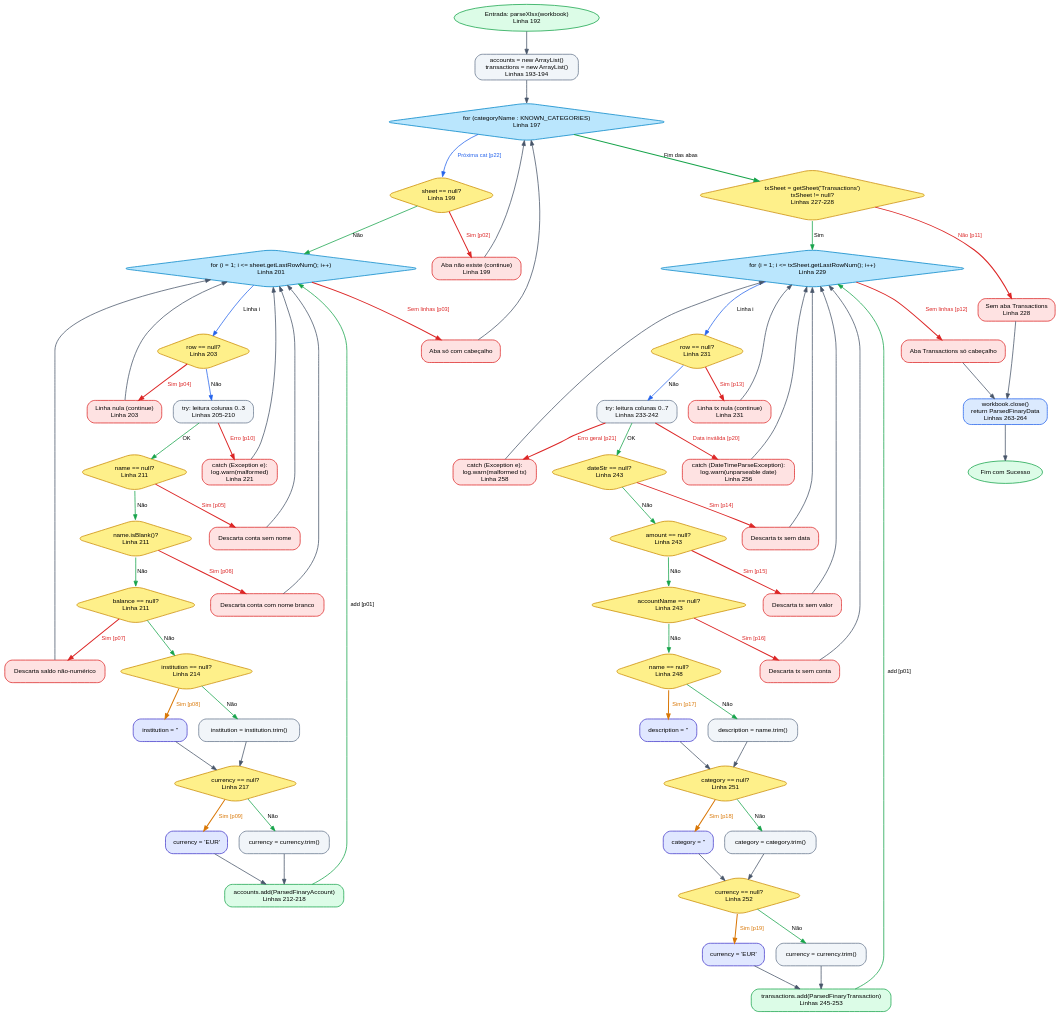
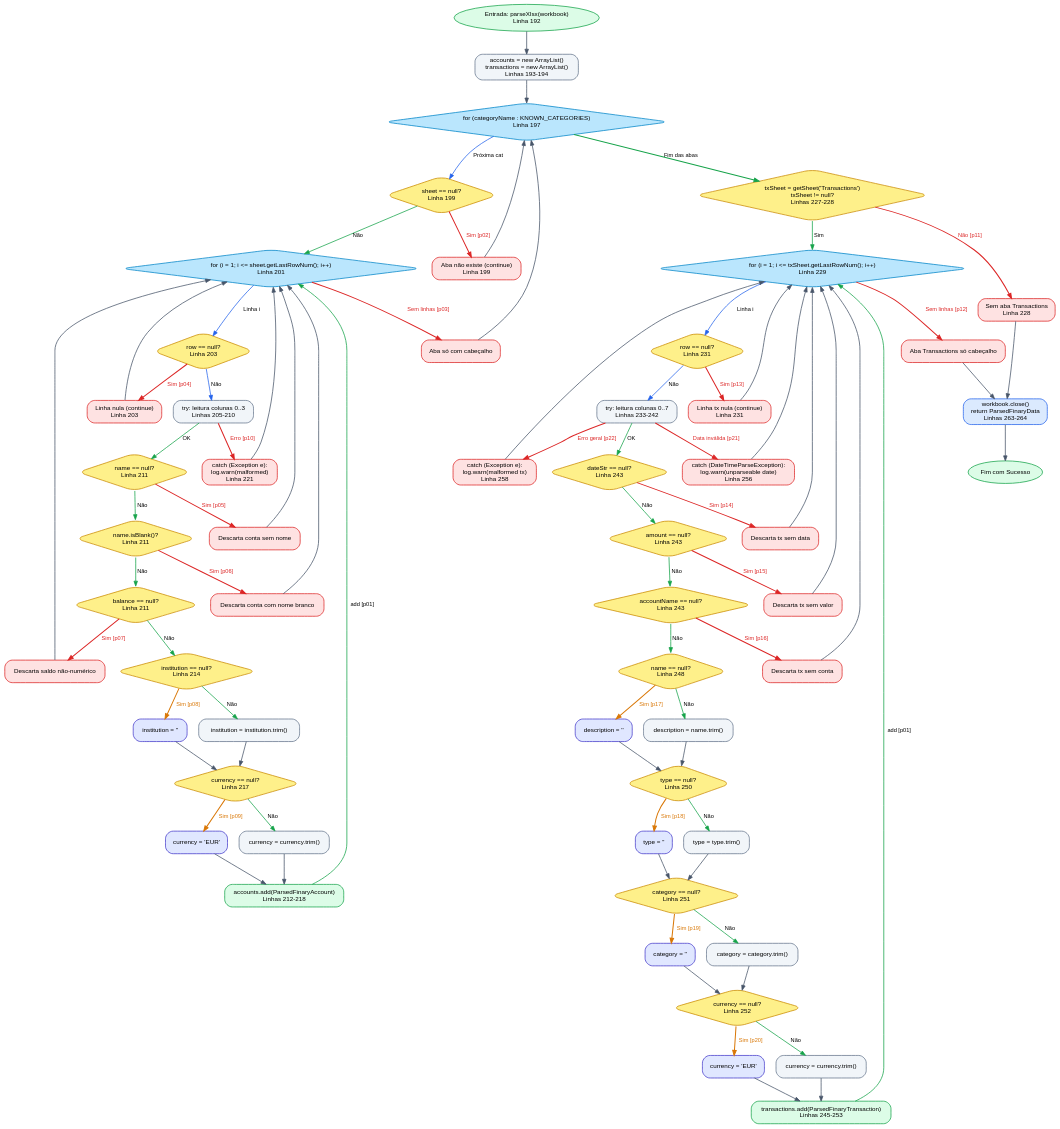
One commit to mssvivian/picsou-finance-QS_2026.2 changed the diagram in Vivian - Documentação Testes/testes-automatizados/grafos/cfg_parseXlsx.dot. Above: the diagram before and after it, drawn with Graphviz. The commit also changed 5 other files, not shown here.

```diff
--- a/Vivian - Documentação Testes/testes-automatizados/grafos/cfg_parseXlsx.dot
+++ b/Vivian - Documentação Testes/testes-automatizados/grafos/cfg_parseXlsx.dot
@@ -1,177 +1,186 @@
 digraph CFG_ParseXlsx {
 
     rankdir=TB;
     bgcolor="transparent";
     node [fontname="Helvetica", fontsize=10, shape=box, style="rounded,filled", fillcolor="#f8fafc", color="#64748b", penwidth=1.2];
     edge [fontname="Helvetica", fontsize=9, color="#475569", penwidth=1.2, arrowsize=0.8];
 
 
     entry [label="Entrada: parseXlsx(workbook)\nLinha 192", shape=ellipse, fillcolor="#dcfce7", color="#16a34a"];
     init [label="accounts = new ArrayList()\ntransactions = new ArrayList()\nLinhas 193-194", fillcolor="#f1f5f9"];
     
     // --- PARTE 1: CONTAS ---
     loop_cat [label="for (categoryName : KNOWN_CATEGORIES)\nLinha 197", shape=diamond, fillcolor="#bae6fd", color="#0284c7"];
     d_sheet_null [label="sheet == null?\nLinha 199", shape=diamond, fillcolor="#fef08a", color="#ca8a04"];
     sheet_absent [label="Aba não existe (continue)\nLinha 199", fillcolor="#fee2e2", color="#dc2626"];
     
     loop_rows [label="for (i = 1; i <= sheet.getLastRowNum(); i++)\nLinha 201", shape=diamond, fillcolor="#bae6fd", color="#0284c7"];
     empty_sheet [label="Aba só com cabeçalho", fillcolor="#fee2e2", color="#dc2626"];
     
     d_row_null [label="row == null?\nLinha 203", shape=diamond, fillcolor="#fef08a", color="#ca8a04"];
     row_absent [label="Linha nula (continue)\nLinha 203", fillcolor="#fee2e2", color="#dc2626"];
     
     try_acc [label="try: leitura colunas 0..3\nLinhas 205-210", fillcolor="#f1f5f9"];
     catch_acc [label="catch (Exception e):\nlog.warn(malformed)\nLinha 221", fillcolor="#fee2e2", color="#dc2626"];
     
     d_acc_name_null [label="name == null?\nLinha 211", shape=diamond, fillcolor="#fef08a", color="#ca8a04"];
     skip_acc_name_null [label="Descarta conta sem nome", fillcolor="#fee2e2", color="#dc2626"];
 
     d_acc_name_blank [label="name.isBlank()?\nLinha 211", shape=diamond, fillcolor="#fef08a", color="#ca8a04"];
     skip_acc_name_blank [label="Descarta conta com nome branco", fillcolor="#fee2e2", color="#dc2626"];
 
     d_acc_bal_null [label="balance == null?\nLinha 211", shape=diamond, fillcolor="#fef08a", color="#ca8a04"];
     skip_acc_bal_null [label="Descarta saldo não-numérico", fillcolor="#fee2e2", color="#dc2626"];
 
     d_acc_inst_null [label="institution == null?\nLinha 214", shape=diamond, fillcolor="#fef08a", color="#ca8a04"];
     inst_empty [label="institution = ''", fillcolor="#e0e7ff", color="#4338ca"];
     inst_val [label="institution = institution.trim()", fillcolor="#f1f5f9"];
 
     d_acc_curr_null [label="currency == null?\nLinha 217", shape=diamond, fillcolor="#fef08a", color="#ca8a04"];
     curr_eur [label="currency = 'EUR'", fillcolor="#e0e7ff", color="#4338ca"];
     curr_val [label="currency = currency.trim()", fillcolor="#f1f5f9"];
 
     add_acc [label="accounts.add(ParsedFinaryAccount)\nLinhas 212-218", fillcolor="#dcfce7", color="#16a34a"];
 
     // --- PARTE 2: TRANSAÇÕES ---
     tx_sheet_check [label="txSheet = getSheet('Transactions')\ntxSheet != null?\nLinhas 227-228", shape=diamond, fillcolor="#fef08a", color="#ca8a04"];
     tx_absent [label="Sem aba Transactions\nLinha 228", fillcolor="#fee2e2", color="#dc2626"];
     
     loop_tx_rows [label="for (i = 1; i <= txSheet.getLastRowNum(); i++)\nLinha 229", shape=diamond, fillcolor="#bae6fd", color="#0284c7"];
     empty_tx_sheet [label="Aba Transactions só cabeçalho", fillcolor="#fee2e2", color="#dc2626"];
 
     d_tx_row_null [label="row == null?\nLinha 231", shape=diamond, fillcolor="#fef08a", color="#ca8a04"];
     tx_row_absent [label="Linha tx nula (continue)\nLinha 231", fillcolor="#fee2e2", color="#dc2626"];
 
     try_tx [label="try: leitura colunas 0..7\nLinhas 233-242", fillcolor="#f1f5f9"];
     catch_date [label="catch (DateTimeParseException):\nlog.warn(unparseable date)\nLinha 256", fillcolor="#fee2e2", color="#dc2626"];
     catch_tx_err [label="catch (Exception e):\nlog.warn(malformed tx)\nLinha 258", fillcolor="#fee2e2", color="#dc2626"];
 
     d_tx_date_null [label="dateStr == null?\nLinha 243", shape=diamond, fillcolor="#fef08a", color="#ca8a04"];
     skip_tx_date [label="Descarta tx sem data", fillcolor="#fee2e2", color="#dc2626"];
 
     d_tx_amt_null [label="amount == null?\nLinha 243", shape=diamond, fillcolor="#fef08a", color="#ca8a04"];
     skip_tx_amt [label="Descarta tx sem valor", fillcolor="#fee2e2", color="#dc2626"];
 
     d_tx_acc_null [label="accountName == null?\nLinha 243", shape=diamond, fillcolor="#fef08a", color="#ca8a04"];
     skip_tx_acc [label="Descarta tx sem conta", fillcolor="#fee2e2", color="#dc2626"];
 
     d_tx_name_null [label="name == null?\nLinha 248", shape=diamond, fillcolor="#fef08a", color="#ca8a04"];
     tx_name_empty [label="description = ''", fillcolor="#e0e7ff", color="#4338ca"];
     tx_name_val [label="description = name.trim()", fillcolor="#f1f5f9"];
 
+    d_tx_type_null [label="type == null?\nLinha 250", shape=diamond, fillcolor="#fef08a", color="#ca8a04"];
+    tx_type_empty [label="type = ''", fillcolor="#e0e7ff", color="#4338ca"];
+    tx_type_val [label="type = type.trim()", fillcolor="#f1f5f9"];
+
     d_tx_cat_null [label="category == null?\nLinha 251", shape=diamond, fillcolor="#fef08a", color="#ca8a04"];
     tx_cat_empty [label="category = ''", fillcolor="#e0e7ff", color="#4338ca"];
     tx_cat_val [label="category = category.trim()", fillcolor="#f1f5f9"];
 
     d_tx_curr_null [label="currency == null?\nLinha 252", shape=diamond, fillcolor="#fef08a", color="#ca8a04"];
     tx_curr_eur [label="currency = 'EUR'", fillcolor="#e0e7ff", color="#4338ca"];
     tx_curr_val [label="currency = currency.trim()", fillcolor="#f1f5f9"];
 
     add_tx [label="transactions.add(ParsedFinaryTransaction)\nLinhas 245-253", fillcolor="#dcfce7", color="#16a34a"];
 
     wb_close [label="workbook.close()\nreturn ParsedFinaryData\nLinhas 263-264", fillcolor="#dbeafe", color="#2563eb"];
     end_ok [label="Fim com Sucesso", shape=ellipse, fillcolor="#dcfce7", color="#16a34a"];
 
     // Fluxo Contas
     entry -> init -> loop_cat;
-    loop_cat -> d_sheet_null [label=" Próxima cat [p22]", color="#2563eb", fontcolor="#2563eb"];
+    loop_cat -> d_sheet_null [label=" Próxima cat", color="#2563eb"];
     loop_cat -> tx_sheet_check [label=" Fim das abas", color="#16a34a", penwidth=1.6];
 
     d_sheet_null -> sheet_absent [label=" Sim [p02]", color="#dc2626", fontcolor="#dc2626", penwidth=1.6];
     sheet_absent -> loop_cat;
     d_sheet_null -> loop_rows [label=" Não", color="#16a34a"];
 
     loop_rows -> empty_sheet [label=" Sem linhas [p03]", color="#dc2626", fontcolor="#dc2626", penwidth=1.6];
     empty_sheet -> loop_cat;
     loop_rows -> d_row_null [label=" Linha i", color="#2563eb"];
 
     d_row_null -> row_absent [label=" Sim [p04]", color="#dc2626", fontcolor="#dc2626", penwidth=1.6];
     row_absent -> loop_rows;
     d_row_null -> try_acc [label=" Não", color="#2563eb"];
 
     try_acc -> catch_acc [label=" Erro [p10]", color="#dc2626", fontcolor="#dc2626", penwidth=1.6];
     catch_acc -> loop_rows;
     try_acc -> d_acc_name_null [label=" OK", color="#16a34a"];
 
     d_acc_name_null -> skip_acc_name_null [label=" Sim [p05]", color="#dc2626", fontcolor="#dc2626", penwidth=1.6];
     skip_acc_name_null -> loop_rows;
     d_acc_name_null -> d_acc_name_blank [label=" Não", color="#16a34a"];
 
     d_acc_name_blank -> skip_acc_name_blank [label=" Sim [p06]", color="#dc2626", fontcolor="#dc2626", penwidth=1.6];
     skip_acc_name_blank -> loop_rows;
     d_acc_name_blank -> d_acc_bal_null [label=" Não", color="#16a34a"];
 
     d_acc_bal_null -> skip_acc_bal_null [label=" Sim [p07]", color="#dc2626", fontcolor="#dc2626", penwidth=1.6];
     skip_acc_bal_null -> loop_rows;
     d_acc_bal_null -> d_acc_inst_null [label=" Não", color="#16a34a"];
 
     d_acc_inst_null -> inst_empty [label=" Sim [p08]", color="#d97706", fontcolor="#d97706", penwidth=1.6];
     d_acc_inst_null -> inst_val [label=" Não", color="#16a34a"];
     inst_empty -> d_acc_curr_null;
     inst_val -> d_acc_curr_null;
 
     d_acc_curr_null -> curr_eur [label=" Sim [p09]", color="#d97706", fontcolor="#d97706", penwidth=1.6];
     d_acc_curr_null -> curr_val [label=" Não", color="#16a34a"];
     curr_eur -> add_acc;
     curr_val -> add_acc;
     add_acc -> loop_rows [label=" add [p01]", color="#16a34a"];
 
     // Fluxo Transações
     tx_sheet_check -> tx_absent [label=" Não [p11]", color="#dc2626", fontcolor="#dc2626", penwidth=1.6];
     tx_absent -> wb_close;
     tx_sheet_check -> loop_tx_rows [label=" Sim", color="#16a34a"];
 
     loop_tx_rows -> empty_tx_sheet [label=" Sem linhas [p12]", color="#dc2626", fontcolor="#dc2626", penwidth=1.6];
     empty_tx_sheet -> wb_close;
     loop_tx_rows -> d_tx_row_null [label=" Linha i", color="#2563eb"];
 
     d_tx_row_null -> tx_row_absent [label=" Sim [p13]", color="#dc2626", fontcolor="#dc2626", penwidth=1.6];
     tx_row_absent -> loop_tx_rows;
     d_tx_row_null -> try_tx [label=" Não", color="#2563eb"];
 
-    try_tx -> catch_date [label=" Data inválida [p20]", color="#dc2626", fontcolor="#dc2626", penwidth=1.6];
+    try_tx -> catch_date [label=" Data inválida [p21]", color="#dc2626", fontcolor="#dc2626", penwidth=1.6];
     catch_date -> loop_tx_rows;
-    try_tx -> catch_tx_err [label=" Erro geral [p21]", color="#dc2626", fontcolor="#dc2626", penwidth=1.6];
+    try_tx -> catch_tx_err [label=" Erro geral [p22]", color="#dc2626", fontcolor="#dc2626", penwidth=1.6];
     catch_tx_err -> loop_tx_rows;
     try_tx -> d_tx_date_null [label=" OK", color="#16a34a"];
 
     d_tx_date_null -> skip_tx_date [label=" Sim [p14]", color="#dc2626", fontcolor="#dc2626", penwidth=1.6];
     skip_tx_date -> loop_tx_rows;
     d_tx_date_null -> d_tx_amt_null [label=" Não", color="#16a34a"];
 
     d_tx_amt_null -> skip_tx_amt [label=" Sim [p15]", color="#dc2626", fontcolor="#dc2626", penwidth=1.6];
     skip_tx_amt -> loop_tx_rows;
     d_tx_amt_null -> d_tx_acc_null [label=" Não", color="#16a34a"];
 
     d_tx_acc_null -> skip_tx_acc [label=" Sim [p16]", color="#dc2626", fontcolor="#dc2626", penwidth=1.6];
     skip_tx_acc -> loop_tx_rows;
     d_tx_acc_null -> d_tx_name_null [label=" Não", color="#16a34a"];
 
     d_tx_name_null -> tx_name_empty [label=" Sim [p17]", color="#d97706", fontcolor="#d97706", penwidth=1.6];
     d_tx_name_null -> tx_name_val [label=" Não", color="#16a34a"];
-    tx_name_empty -> d_tx_cat_null;
-    tx_name_val -> d_tx_cat_null;
+    tx_name_empty -> d_tx_type_null;
+    tx_name_val -> d_tx_type_null;
 
-    d_tx_cat_null -> tx_cat_empty [label=" Sim [p18]", color="#d97706", fontcolor="#d97706", penwidth=1.6];
+    d_tx_type_null -> tx_type_empty [label=" Sim [p18]", color="#d97706", fontcolor="#d97706", penwidth=1.6];
+    d_tx_type_null -> tx_type_val [label=" Não", color="#16a34a"];
+    tx_type_empty -> d_tx_cat_null;
+    tx_type_val -> d_tx_cat_null;
+
+    d_tx_cat_null -> tx_cat_empty [label=" Sim [p19]", color="#d97706", fontcolor="#d97706", penwidth=1.6];
     d_tx_cat_null -> tx_cat_val [label=" Não", color="#16a34a"];
     tx_cat_empty -> d_tx_curr_null;
     tx_cat_val -> d_tx_curr_null;
 
-    d_tx_curr_null -> tx_curr_eur [label=" Sim [p19]", color="#d97706", fontcolor="#d97706", penwidth=1.6];
+    d_tx_curr_null -> tx_curr_eur [label=" Sim [p20]", color="#d97706", fontcolor="#d97706", penwidth=1.6];
     d_tx_curr_null -> tx_curr_val [label=" Não", color="#16a34a"];
     tx_curr_eur -> add_tx;
     tx_curr_val -> add_tx;
     add_tx -> loop_tx_rows [label=" add [p01]", color="#16a34a"];
 
     wb_close -> end_ok;
 }
```
